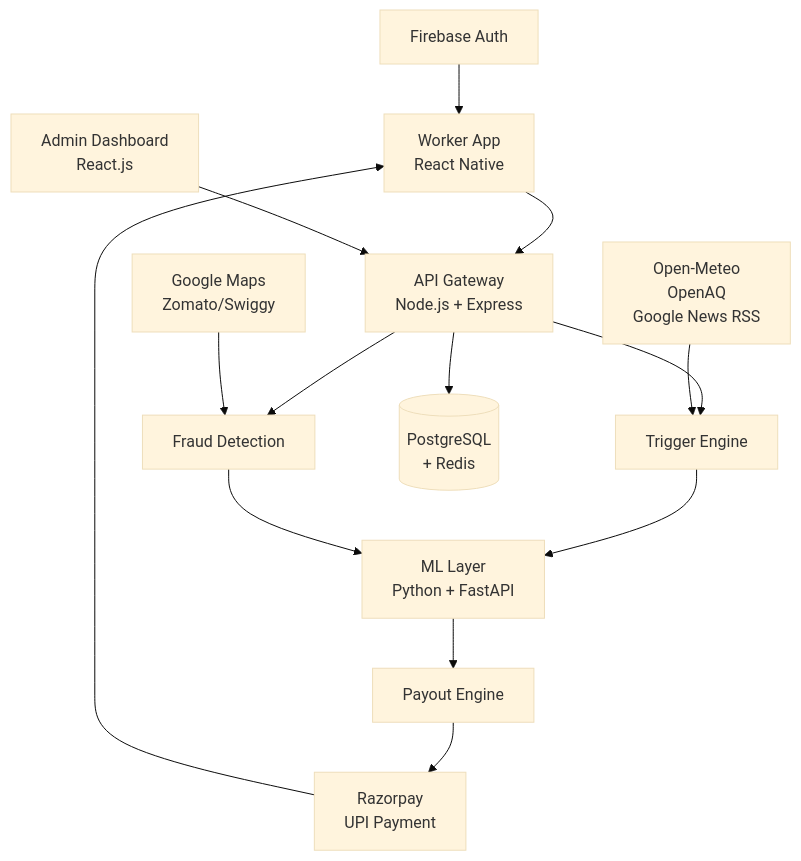
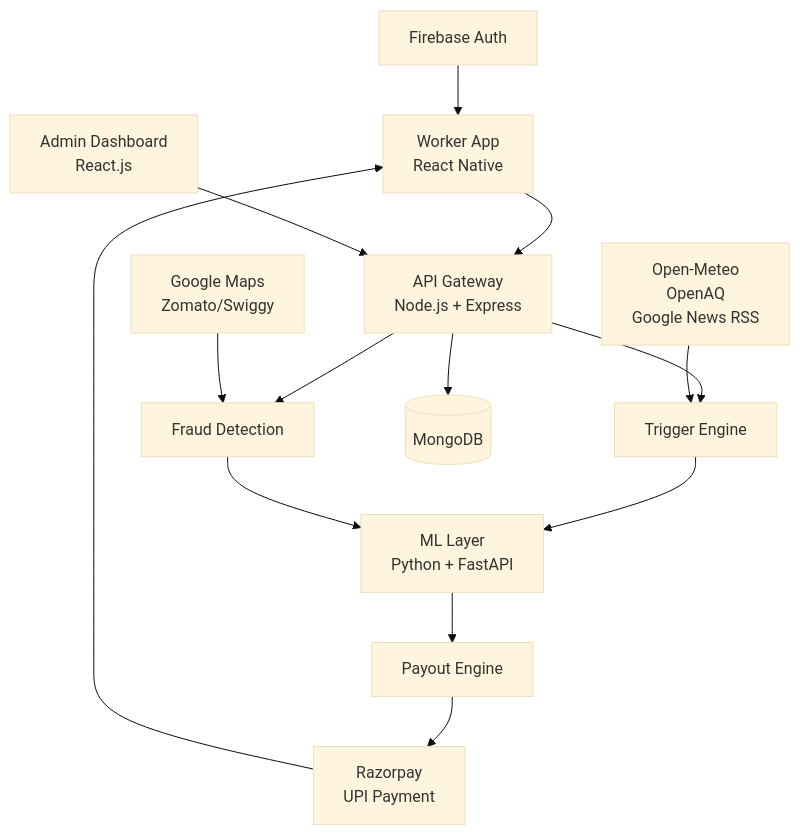
The fourth of 4 diagrams in README.md (camadhu06/AI-Powered-Insurance-for-India-s-Gig-Economy), drawn with Mermaid (base theme) before and after one commit. The commit also changed other lines of this file, not shown here.

````diff
--- a/README.md
+++ b/README.md
@@ -258,21 +156,21 @@
 ```mermaid
 graph TD
     A[Worker App\nReact Native] --> B[API Gateway\nNode.js + Express]
     C[Admin Dashboard\nReact.js] --> B
 
     B --> D[Trigger Engine]
     B --> E[Fraud Detection]
 
     D --> F[ML Layer\nPython + FastAPI]
     E --> F
 
     F --> G[Payout Engine]
     G --> H[Razorpay\nUPI Payment]
     H --> A
 
     I[Open-Meteo\nOpenAQ\nGoogle News RSS] --> D
     J[Google Maps\nZomato/Swiggy] --> E
 
-    B --> K[(PostgreSQL\n+ Redis)]
+    B --> K[(MongoDB)]
     L[Firebase Auth] --> A
 ```
````
